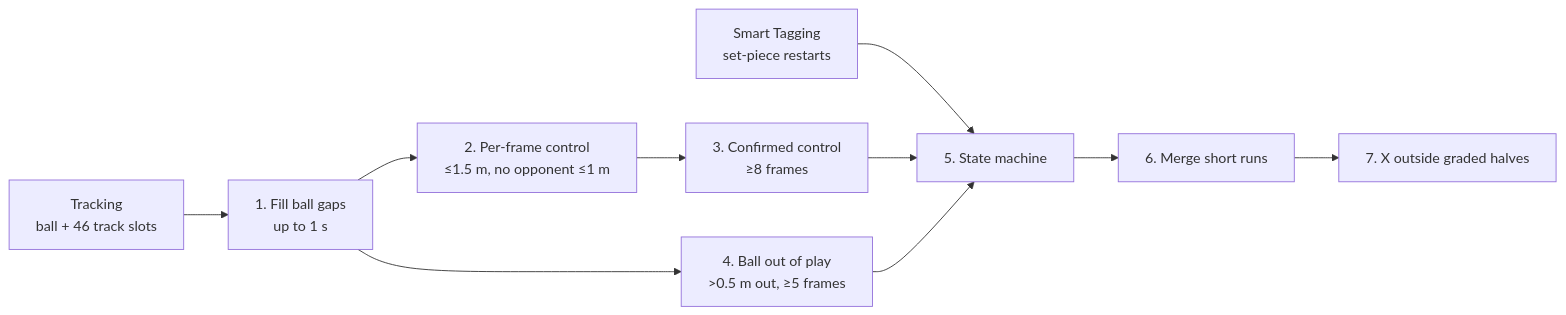
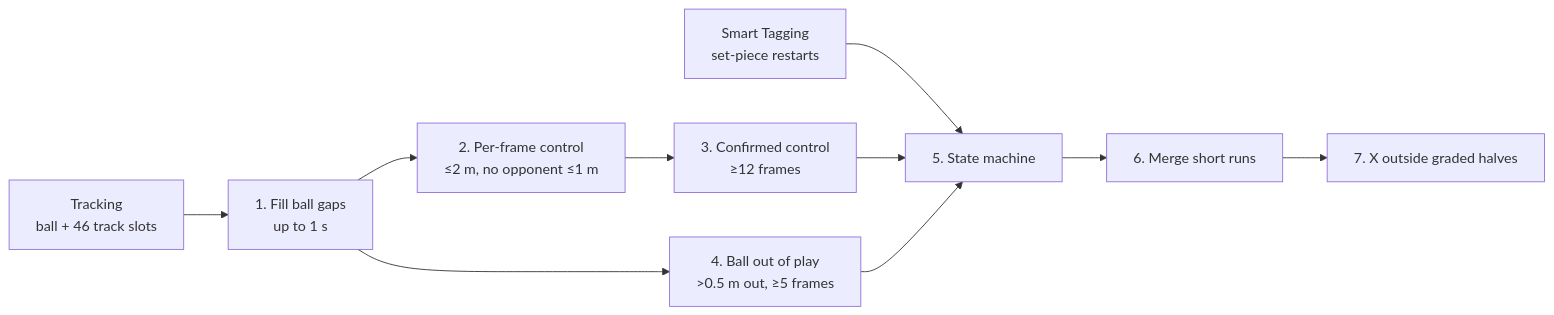
One commit to shanhtetsan/more-than-a-hack-2027 changed the first of 2 diagrams in docs/TECHNICAL.md. Above: the diagram before and after it, drawn with Mermaid. The commit also changed other lines of this file and 9 other files, not shown here.

````diff
--- a/docs/TECHNICAL.md
+++ b/docs/TECHNICAL.md
@@ -48,12 +50,12 @@
 ```mermaid
 flowchart LR
     A[Tracking<br/>ball + 46 track slots] --> B[1. Fill ball gaps<br/>up to 1 s]
-    B --> C[2. Per-frame control<br/>≤1.5 m, no opponent ≤1 m]
-    C --> D[3. Confirmed control<br/>≥8 frames]
+    B --> C[2. Per-frame control<br/>≤2 m, no opponent ≤1 m]
+    C --> D[3. Confirmed control<br/>≥12 frames]
     E[Smart Tagging<br/>set-piece restarts] --> F
     B --> G[4. Ball out of play<br/>&gt;0.5 m out, ≥5 frames]
     D --> F[5. State machine]
     G --> F
     F --> H[6. Merge short runs]
     H --> I[7. X outside graded halves]
 ```
````
